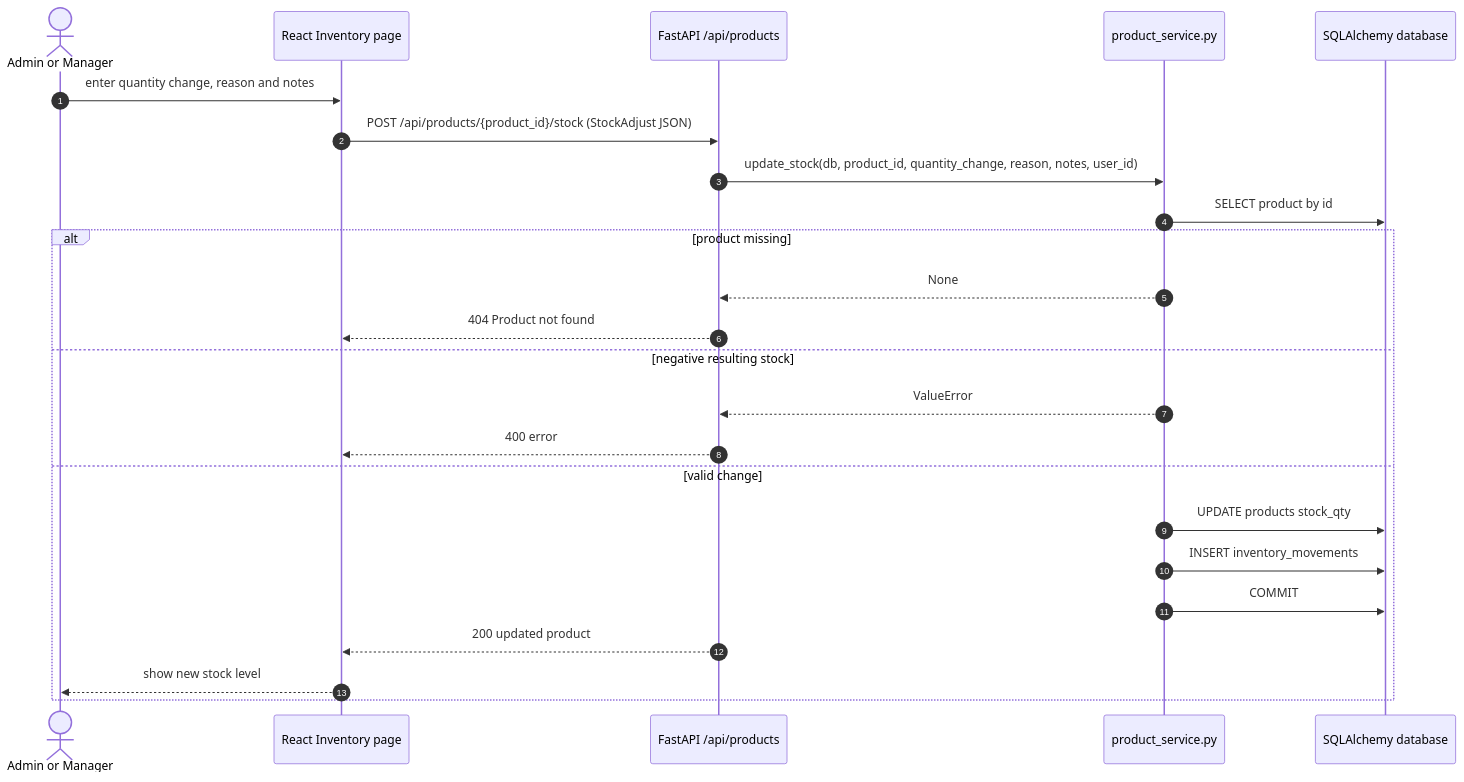
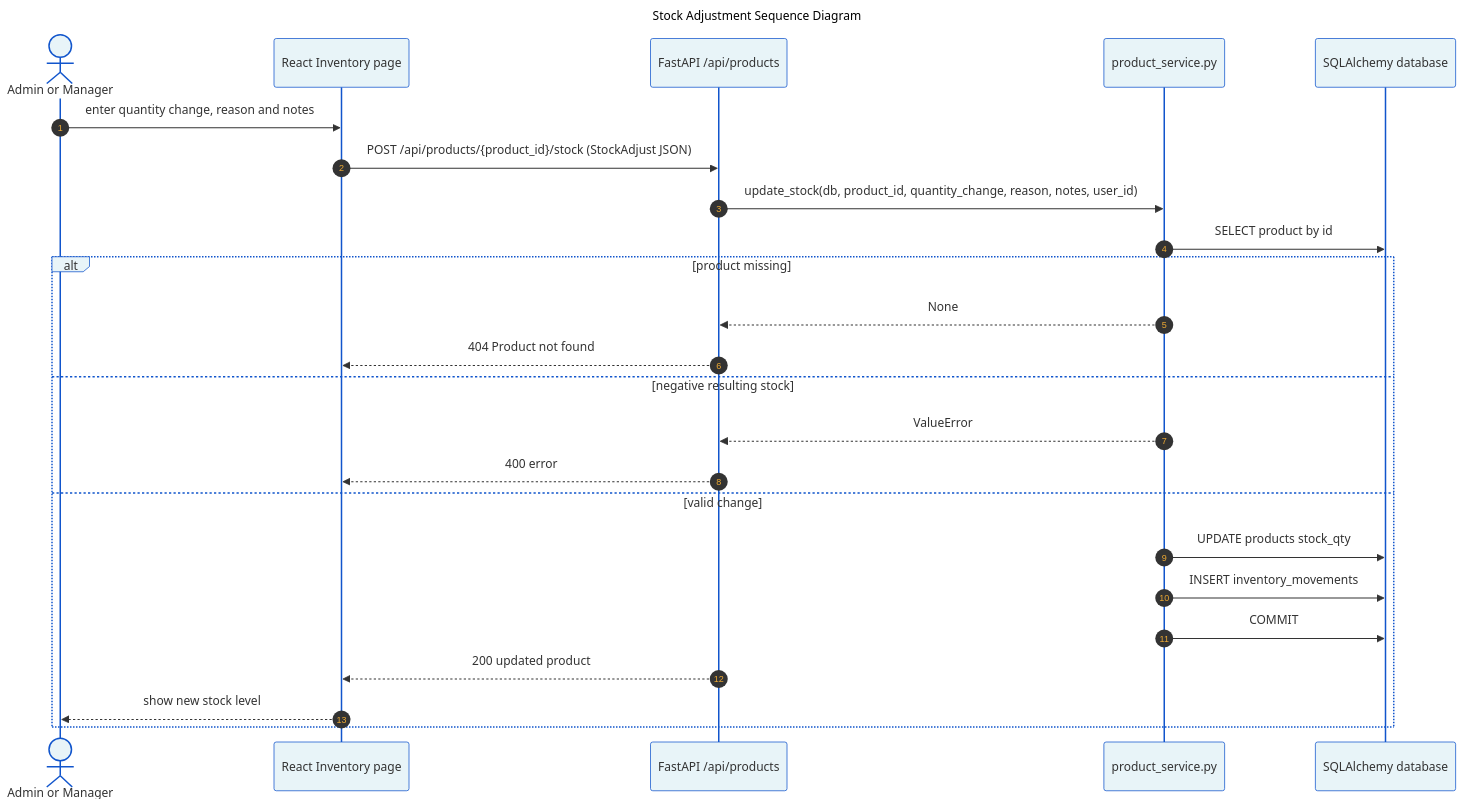
The diagram in docs/design-diagrams/09-sequence-stock-adjust.mmd (hyperS777/BizAI), drawn with Mermaid before and after one commit. The commit also changed 22 other files, not shown here.

First line of the commit message:
docs: correct all 12 Mermaid diagram sources to match implementation

```diff
--- a/docs/design-diagrams/09-sequence-stock-adjust.mmd
+++ b/docs/design-diagrams/09-sequence-stock-adjust.mmd
@@ -1,24 +1,28 @@
+---
+title: Stock Adjustment Sequence Diagram
+---
+%%{init: {'theme': 'base', 'themeVariables': {'primaryColor': '#ffffff', 'primaryBorderColor': '#1155cc', 'lineColor': '#1155cc', 'textColor': '#000000', 'fontFamily': 'sans-serif', 'actorBkg': '#e8f4f8', 'actorBorder': '#1155cc', 'signalColor': '#333333', 'signalTextColor': '#333333'}}}%%
 sequenceDiagram
     autonumber
     actor U as Admin or Manager
     participant FE as React Inventory page
     participant API as FastAPI /api/products
     participant PS as product_service.py
     participant DB as SQLAlchemy database
     U->>FE: enter quantity change, reason and notes
     FE->>API: POST /api/products/{product_id}/stock (StockAdjust JSON)
     API->>PS: update_stock(db, product_id, quantity_change, reason, notes, user_id)
     PS->>DB: SELECT product by id
     alt product missing
         PS-->>API: None
         API-->>FE: 404 Product not found
     else negative resulting stock
         PS-->>API: ValueError
         API-->>FE: 400 error
     else valid change
         PS->>DB: UPDATE products stock_qty
         PS->>DB: INSERT inventory_movements
         PS->>DB: COMMIT
         API-->>FE: 200 updated product
         FE-->>U: show new stock level
     end
```
